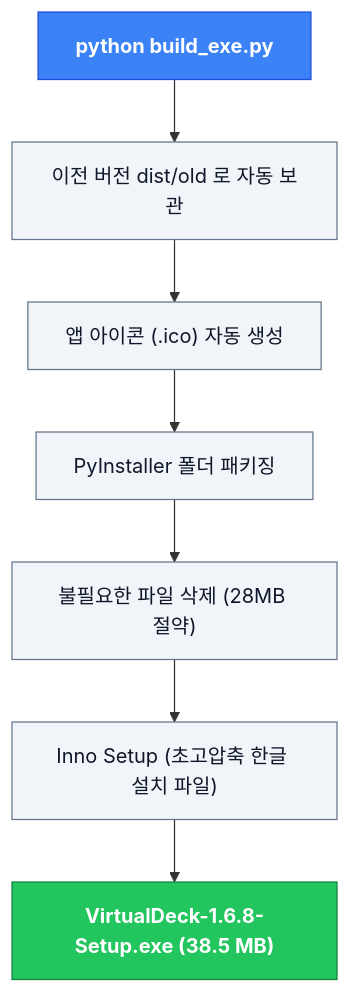
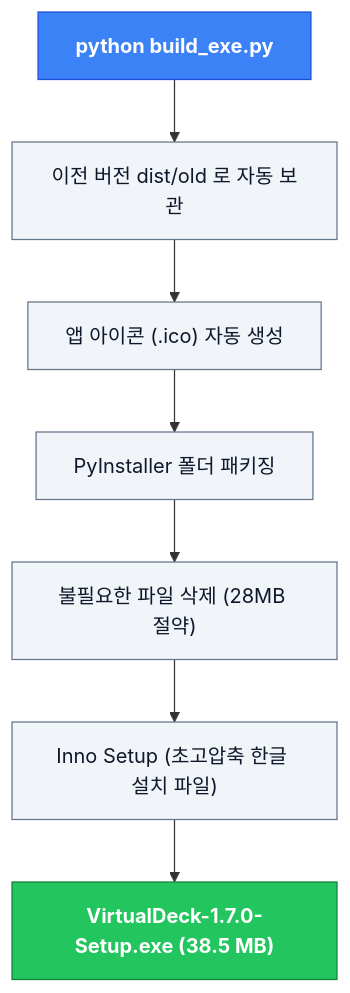
Before and after one commit to sh11025/Virtual_Deck: the seventh of 7 diagrams in README.md, drawn with Mermaid. The commit also changed other lines of this file and 16 other files, not shown here.

````diff
--- a/README.md
+++ b/README.md
@@ -350,13 +336,13 @@
 ```mermaid
 flowchart TD
     classDef head fill:#3b82f6,stroke:#1d4ed8,color:#ffffff,font-weight:bold;
     classDef box fill:#f1f5f9,stroke:#64748b,color:#0f172a;
     classDef done fill:#22c55e,stroke:#15803d,color:#ffffff,font-weight:bold;
 
     A["python build_exe.py"]:::head --> B["이전 버전 dist/old 로 자동 보관"]:::box
     B --> C["앱 아이콘 (.ico) 자동 생성"]:::box
     C --> D["PyInstaller 폴더 패키징"]:::box
     D --> E["불필요한 파일 삭제 (28MB 절약)"]:::box
     E --> F["Inno Setup (초고압축 한글 설치 파일)"]:::box
-    F --> G["VirtualDeck-1.6.8-Setup.exe (38.5 MB)"]:::done
+    F --> G["VirtualDeck-1.7.0-Setup.exe (38.5 MB)"]:::done
 ```
````
